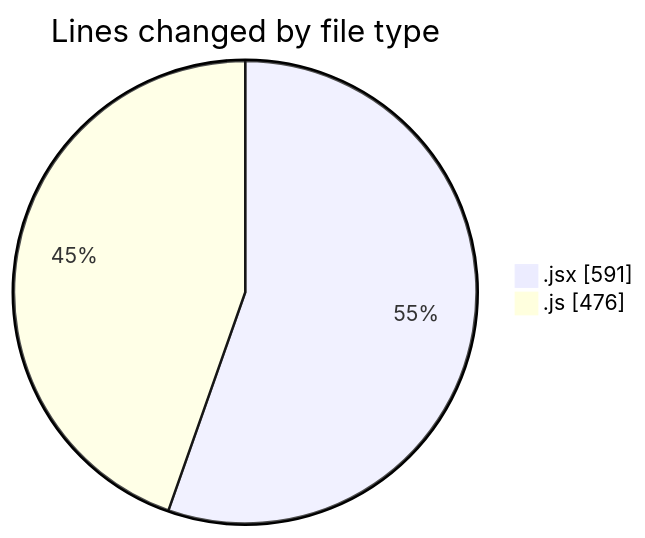
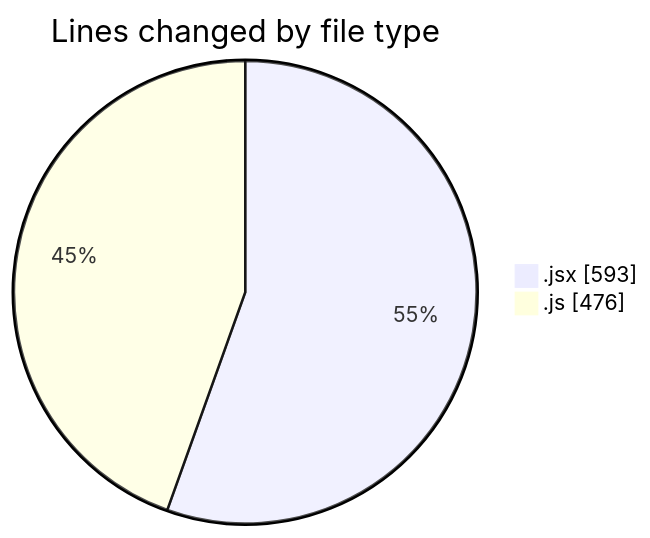
One commit to nxtqubesakshisongat/code-tracking changed the first of 2 diagrams in 2025-11-14/argos/README.md. Above: the diagram before and after it, drawn with Mermaid. The commit also changed other lines of this file and 1 other file, not shown here.

````diff
--- a/2025-11-14/argos/README.md
+++ b/2025-11-14/argos/README.md
@@ -23,6 +23,6 @@
 ```mermaid
 pie showData
 title Lines changed by file type
-".jsx" : 591
+".jsx" : 593
 ".js" : 476
 ```
````
